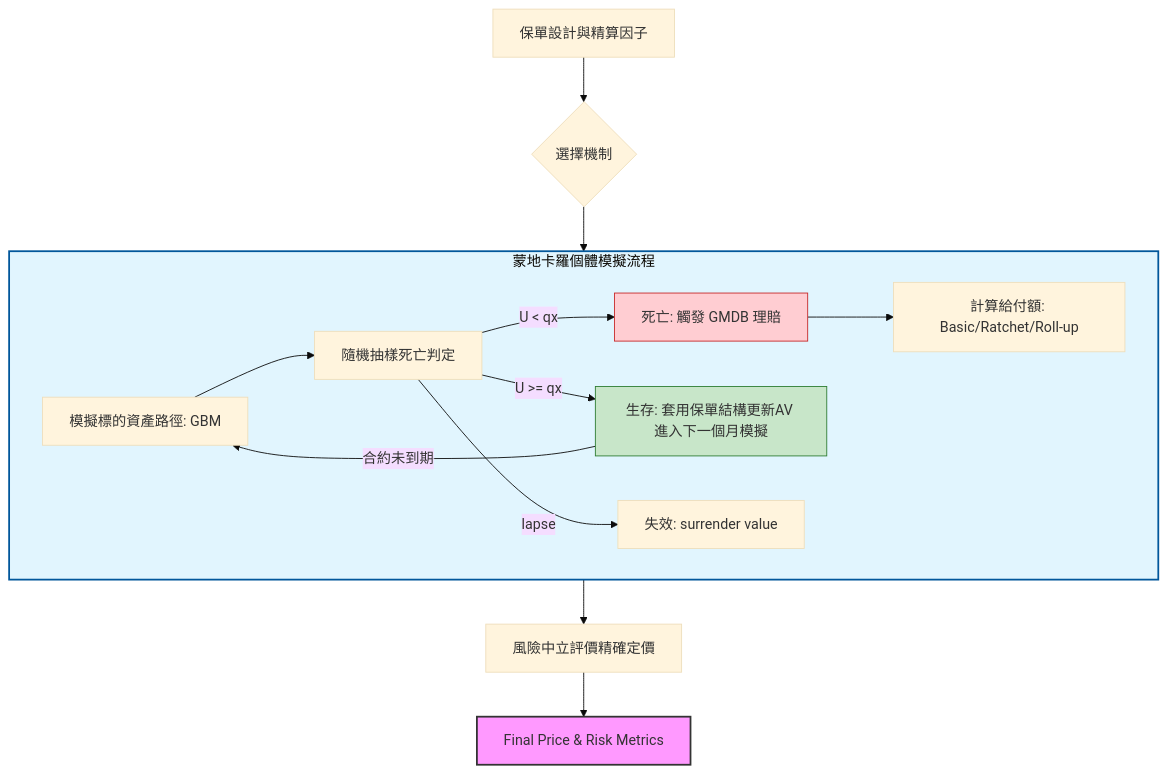
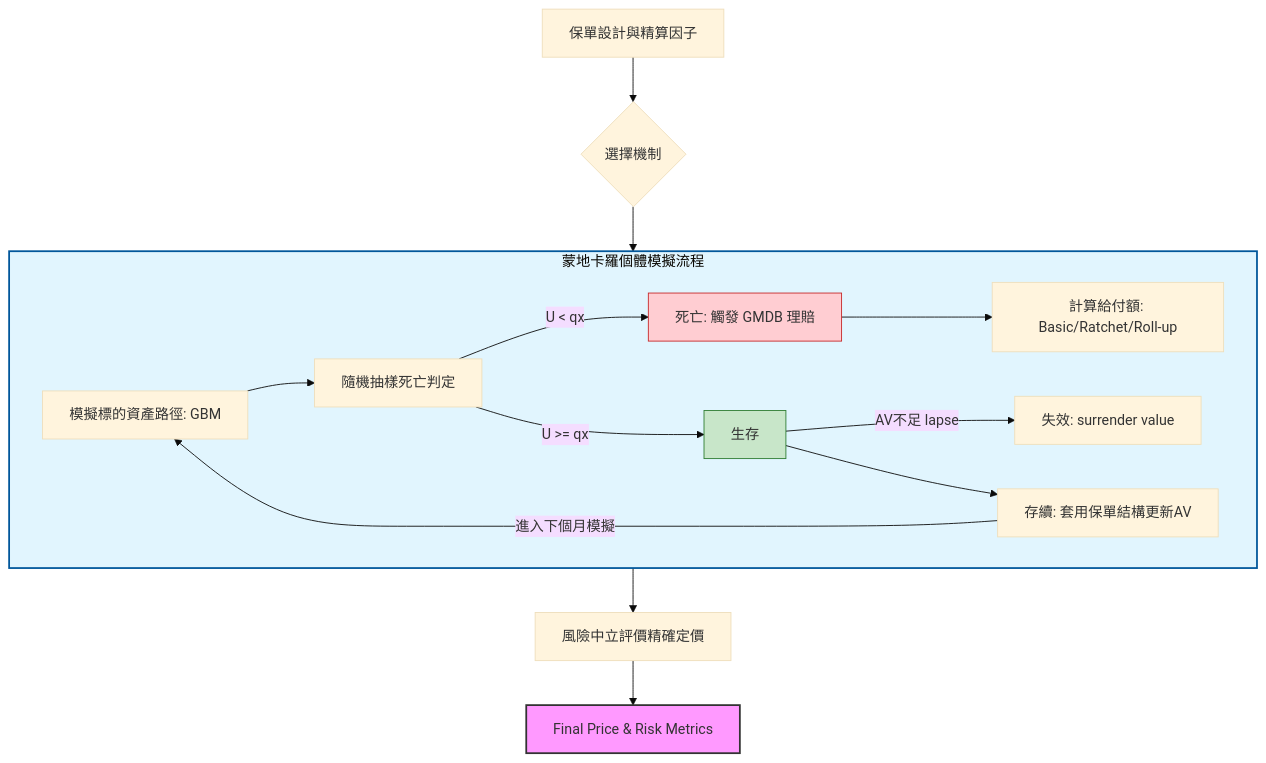
The diagram in README.md (Kai-Yun-Chang/--Simulation-Python), drawn with Mermaid (base theme) before and after one commit.

````diff
--- a/README.md
+++ b/README.md
@@ -26,25 +26,26 @@
 ```mermaid
 graph TD
     %% 主流程
     Input[保單設計與精算因子] --> Mechanism{選擇機制}
     Mechanism --> Simulation[蒙地卡羅模擬流程]
     Simulation --> Risk-neutral[風險中立評價精確定價]
     Risk-neutral --> Result[Final Price & Risk Metrics]
 
     %% 蒙地卡羅詳細步驟 (子圖)
     subgraph Simulation [蒙地卡羅個體模擬流程]
         S1[模擬標的資產路徑: GBM] --> S2[隨機抽樣死亡判定]
         S2 -->|U < qx| Dead[死亡: 觸發 GMDB 理賠]
-        S2 -->|U >= qx| Alive[生存: 套用保單結構更新AV 進入下一個月模擬]
-        S2 --> |lapse| Lapse[失效: surrender value]
+        S2 -->|U >= qx| Alive[生存]
+        Alive --> |AV不足 lapse| Lapse[失效: surrender value]
+        Alive --> S4[存續: 套用保單結構更新AV]
         Dead --> S3[計算給付額: Basic/Ratchet/Roll-up]
         
-        Alive -->|合約未到期| S1
+        S4 -->|進入下個月模擬| S1
     end
 
     style Dead fill:#ffcdd2,stroke:#c62828
     style Alive fill:#c8e6c9,stroke:#2e7d32
     %% 樣式設定
     style Simulation fill:#e1f5fe,stroke:#01579b,stroke-width:2px
     style Result fill:#f9f,stroke:#333,stroke-width:2px
 ```
````
